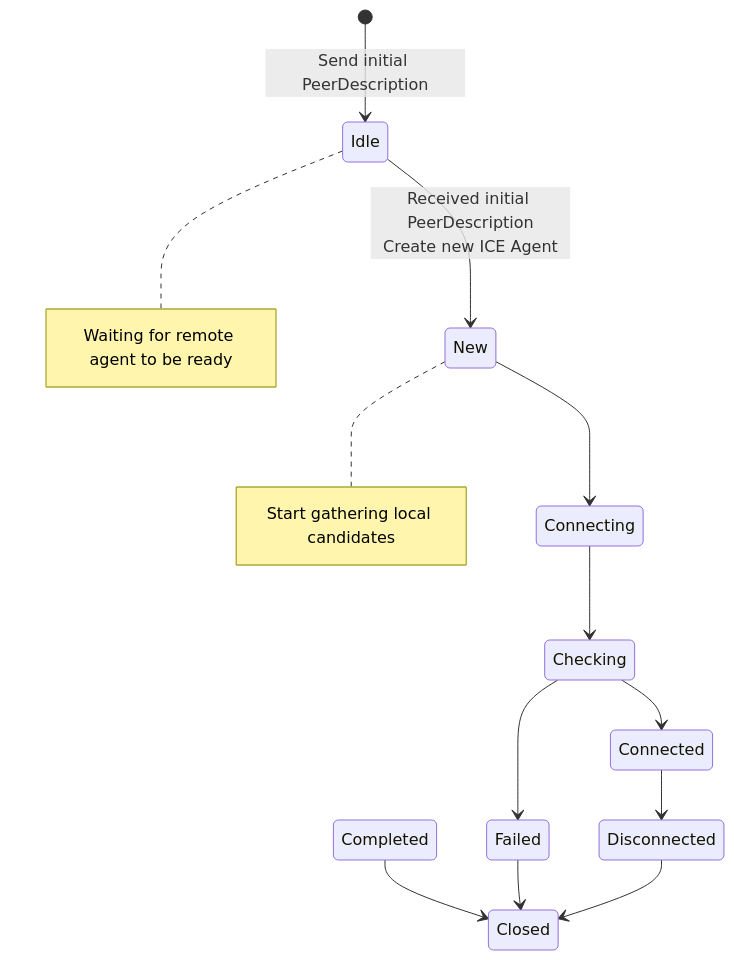
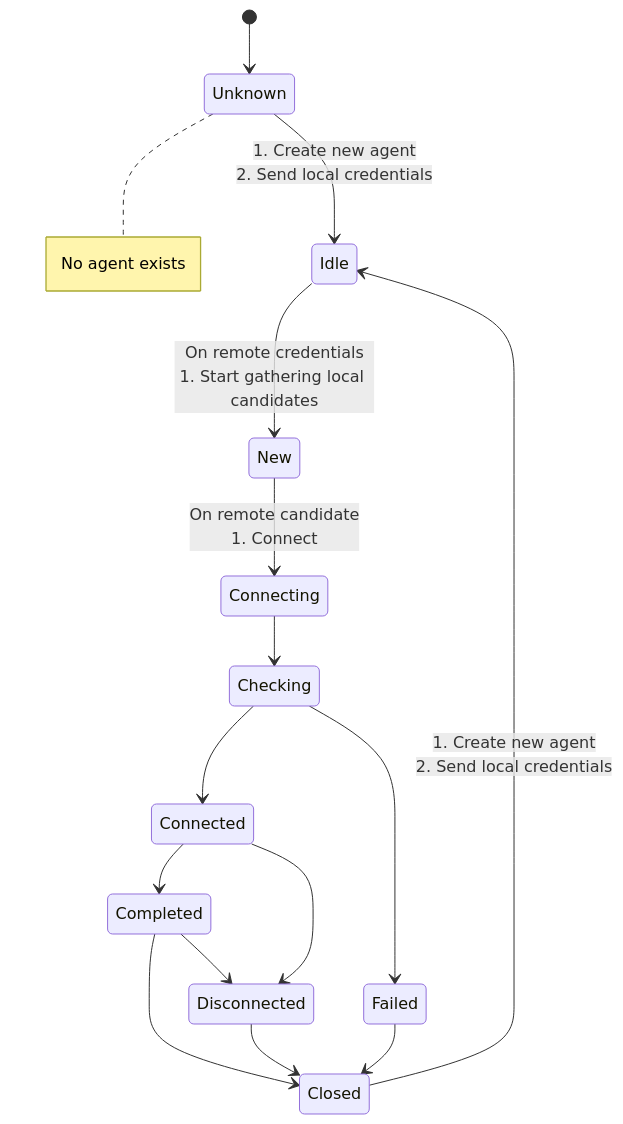
One commit to cunicu/cunicu changed the second of 2 diagrams in docs/Signaling.md. Above: the diagram before and after it, drawn with Mermaid.

Commit message:
updates state diagram of ICE connection state

````diff
--- a/docs/Signaling.md
+++ b/docs/Signaling.md
@@ -23,23 +23,24 @@
 ```mermaid title="ICE ConnectionState state diagram"
 stateDiagram-v2 
-    [*] --> Idle: Send initial PeerDescription
-
-    note right of Idle
-        Waiting for remote agent to be ready
+    [*] --> Unknown
+    
+    note right of Unknown
+        No agent exists
     end note
 
-    Idle --> New: Received initial PeerDescription<br>Create new ICE Agent
+    Unknown --> Idle: 1. Create new agent<br>2. Send local credentials
 
-    note right of New
-        Start gathering local candidates
-    end note
+    Idle --> New: On remote credentials<br>1. Start gathering local candidates
 
-    New --> Connecting
+    New --> Connecting: On remote candidate<br>1. Connect
     Connecting --> Checking
     Checking --> Connected
+    Checking --> Failed
+    Completed --> Disconnected
     Connected --> Disconnected
-    Checking --> Failed
+    Connected --> Completed
     Completed --> Closed
+    Disconnected --> Closed
+    Closed --> Idle: 1. Create new agent<br>2. Send local credentials
     Failed --> Closed
-    Disconnected --> Closed
 ```
````
